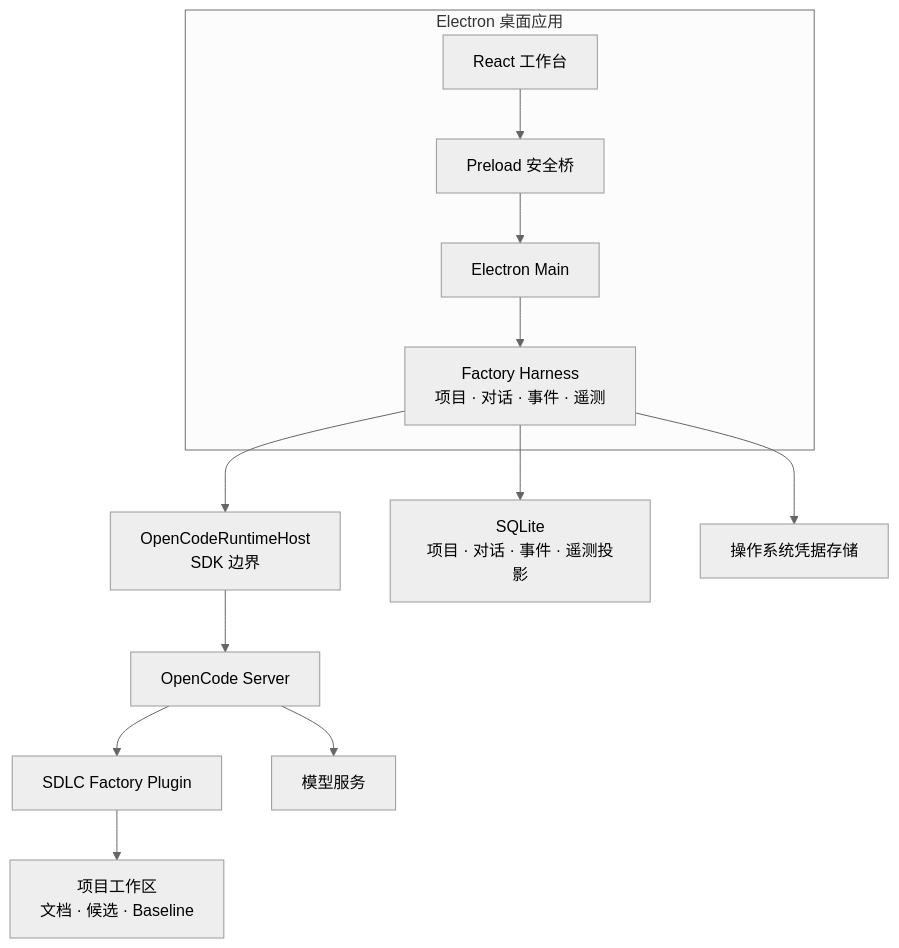
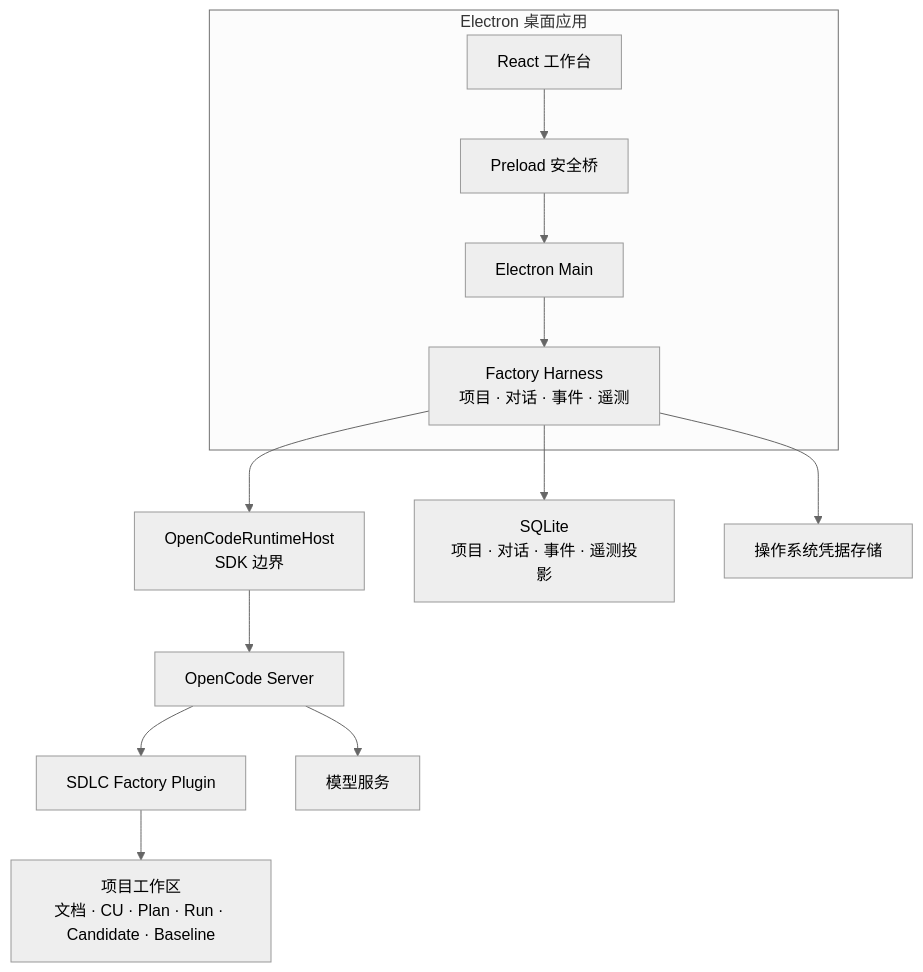
Before and after one commit to Gandufu/sdlc-factory: the diagram in docs/architecture/mvp1-desktop-harness-design.md, drawn with Mermaid (neutral theme). The commit also changed other lines of this file and 2 other files, not shown here.

````diff
--- a/docs/architecture/mvp1-desktop-harness-design.md
+++ b/docs/architecture/mvp1-desktop-harness-design.md
@@ -53,24 +53,24 @@
 ```mermaid
 flowchart TB
     subgraph DESKTOP["Electron 桌面应用"]
         UI["React 工作台"]
         PRELOAD["Preload 安全桥"]
         MAIN["Electron Main"]
         CORE["Factory Harness\n项目 · 对话 · 事件 · 遥测"]
     end
 
     HOST["OpenCodeRuntimeHost\nSDK 边界"]
     SERVER["OpenCode Server"]
     PLUGIN["SDLC Factory Plugin"]
     MODEL["模型服务"]
-    WORKSPACE["项目工作区\n文档 · 候选 · Baseline"]
+    WORKSPACE["项目工作区\n文档 · CU · Plan · Run · Candidate · Baseline"]
     DB["SQLite\n项目 · 对话 · 事件 · 遥测投影"]
     KEYCHAIN["操作系统凭据存储"]
 
     UI --> PRELOAD --> MAIN --> CORE
     CORE --> HOST --> SERVER
     SERVER --> MODEL
     SERVER --> PLUGIN --> WORKSPACE
     CORE --> DB
     CORE --> KEYCHAIN
 ```
````
